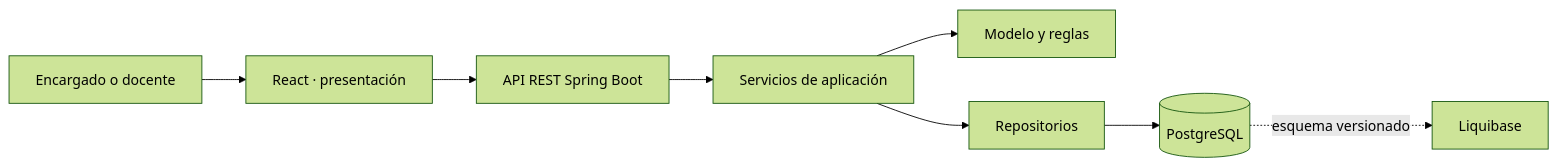
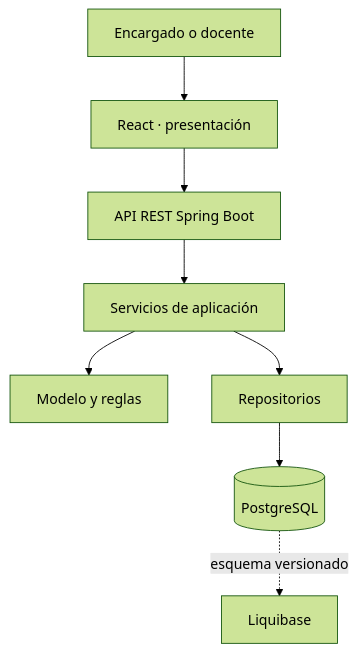
Before and after one commit to IF-6100-2026/portal-academico-documentacion: the diagram in docs/05-diseno/arquitectura.md, drawn with Mermaid (forest theme). The commit also changed other lines of this file and 13 other files, not shown here.

Commit message:
docs: unificar PC2, completar diagramas y entregar correcciones de integración

````diff
--- a/docs/05-diseno/arquitectura.md
+++ b/docs/05-diseno/arquitectura.md
@@ -7,10 +7,10 @@
 ```mermaid
-flowchart LR
+flowchart TD
   E[Encargado o docente] --> UI[React · presentación]
   UI --> API[API REST Spring Boot]
   API --> APP[Servicios de aplicación]
   APP --> DOM[Modelo y reglas]
   APP --> REP[Repositorios]
   REP --> DB[(PostgreSQL)]
   DB -. esquema versionado .-> LIQ[Liquibase]
 ```
````
